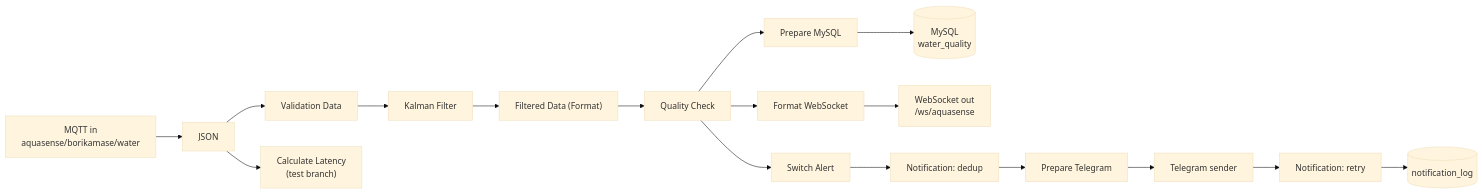
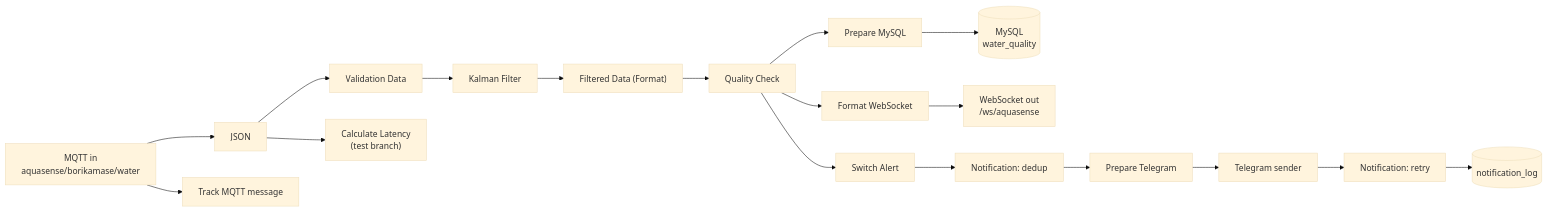
One commit to lizzamirizza-tech/aquasense-borikamase changed the second of 2 diagrams in README.md. Above: the diagram before and after it, drawn with Mermaid (base theme). The commit also changed other lines of this file and 1 other file, not shown here.

Commit message:
Add Node-RED flow and update system documentation

````diff
--- a/README.md
+++ b/README.md
@@ -308,13 +321,14 @@
 ```mermaid
 flowchart LR
     IN["MQTT in<br/>aquasense/borikamase/water"] --> J["JSON"]
+    IN --> TM["Track MQTT message"]
     J --> VAL["Validation Data"]
     J --> LAT["Calculate Latency<br/>(test branch)"]
     VAL --> KAL["Kalman Filter"]
     KAL --> FMT["Filtered Data (Format)"]
     FMT --> QC["Quality Check"]
     QC --> SQL["Prepare MySQL"] --> DB[("MySQL<br/>water_quality")]
     QC --> FWS["Format WebSocket"] --> WSO["WebSocket out<br/>/ws/aquasense"]
     QC --> SW["Switch Alert"] --> DD["Notification: dedup"] --> PT["Prepare Telegram"] --> TS["Telegram sender"]
     TS --> RT["Notification: retry"] --> LOG[("notification_log")]
 ```
````
